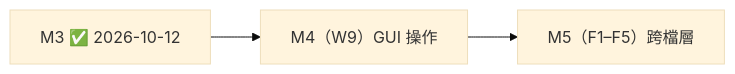
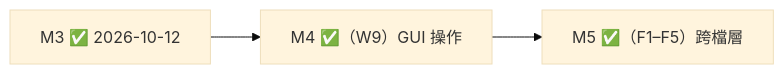
One commit to wctang/logv changed the third of 3 diagrams in TODO.md. Above: the diagram before and after it, drawn with Mermaid (base theme). The commit also changed other lines of this file and 3 other files, not shown here.

````diff
--- a/TODO.md
+++ b/TODO.md
@@ -423,5 +423,5 @@
 ```mermaid
 flowchart LR
-  M3["M3 ✅ 2026-10-12"] --> M4["M4（W9）GUI 操作"]
-  M4 --> M5["M5（F1–F5）跨檔層"]
+  M3["M3 ✅ 2026-10-12"] --> M4["M4 ✅（W9）GUI 操作"]
+  M4 --> M5["M5 ✅（F1–F5）跨檔層"]
 ```
````
